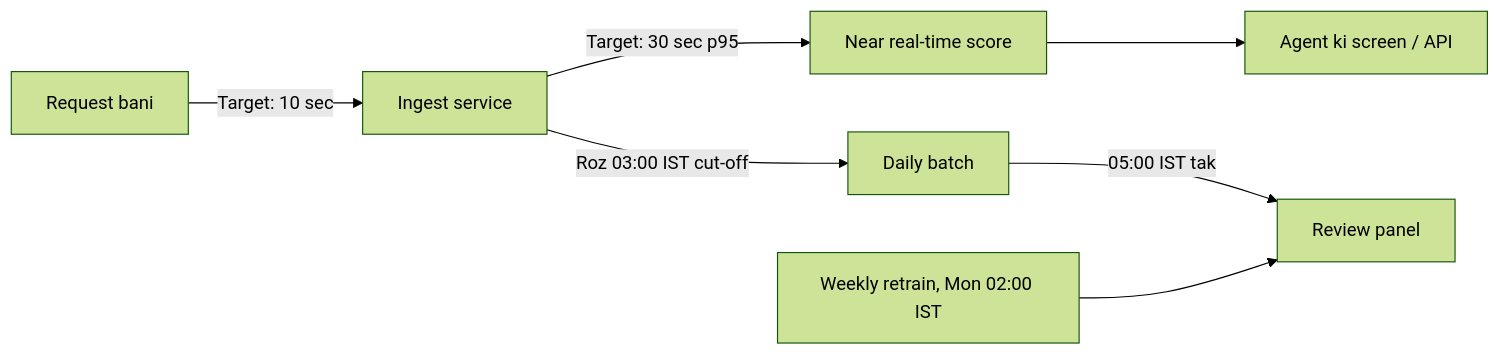
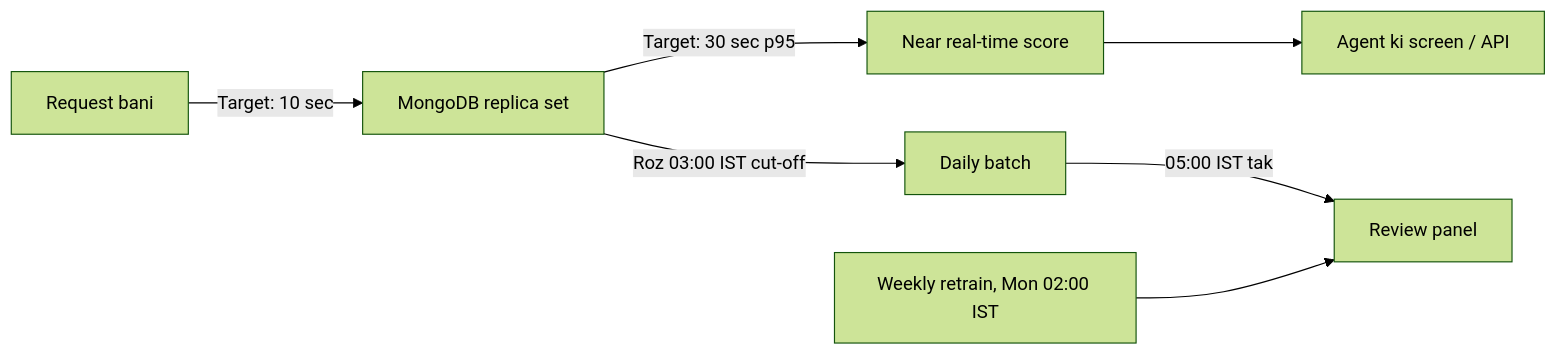
One commit to MiraiGateTechnologies/fraud_detection changed the diagram in documents/Service_Levels_aur_Timing.md. Above: the diagram before and after it, drawn with Mermaid (forest theme). The commit also changed other lines of this file and 17 other files, not shown here.

````diff
--- a/documents/Service_Levels_aur_Timing.md
+++ b/documents/Service_Levels_aur_Timing.md
@@ -86,9 +86,9 @@
 ```mermaid
 flowchart LR
-    A[Request bani] -->|Target: 10 sec| B[Ingest service]
+    A[Request bani] -->|Target: 10 sec| B[MongoDB replica set]
     B -->|Target: 30 sec p95| C[Near real-time score]
     C --> D[Agent ki screen / API]
     B -->|Roz 03:00 IST cut-off| E[Daily batch]
     E -->|05:00 IST tak| F[Review panel]
     G[Weekly retrain, Mon 02:00 IST] --> F
 ```
````
